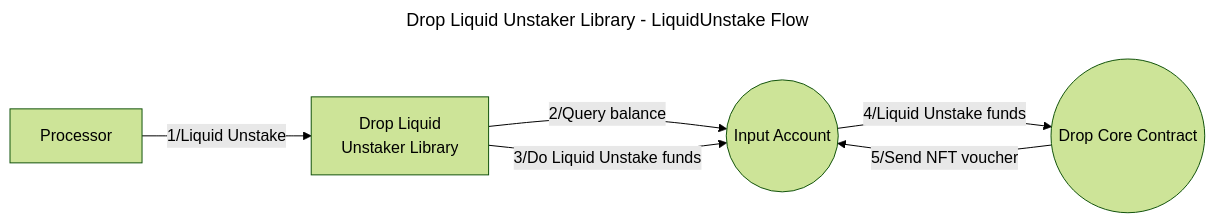
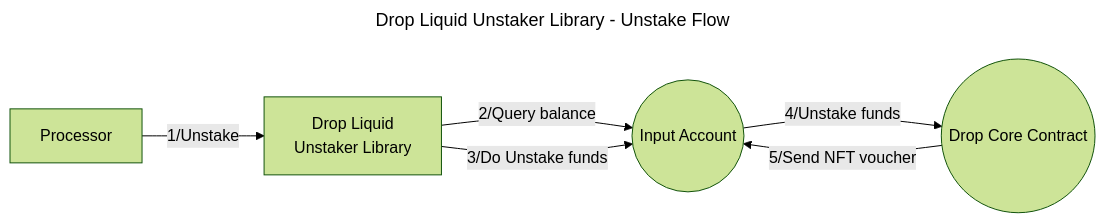
The first of 2 diagrams in contracts/libraries/drop-liquid-unstaker/README.md (timewave-computer/valence-protocol), drawn with Mermaid (forest theme) before and after one commit. The commit also changed other lines of this file and 3 other files, not shown here.

````diff
--- a/contracts/libraries/drop-liquid-unstaker/README.md
+++ b/contracts/libraries/drop-liquid-unstaker/README.md
@@ -7,16 +7,16 @@
 ```mermaid
 ---
-title: Drop Liquid Unstaker Library - LiquidUnstake Flow
+title: Drop Liquid Unstaker Library - Unstake Flow
 ---
 graph LR
     IA((Input Account))
     CC((Drop Core Contract))
     P2[Processor]
     S2[Drop Liquid
     Unstaker Library]
-    P2 -- "1/Liquid Unstake" --> S2
+    P2 -- "1/Unstake" --> S2
     S2 -- "2/Query balance" --> IA
-    S2 -- "3/Do Liquid Unstake funds" --> IA
-    IA -- "4/Liquid Unstake funds" --> CC
+    S2 -- "3/Do Unstake funds" --> IA
+    IA -- "4/Unstake funds" --> CC
     CC -- "5/Send NFT voucher" --> IA
 ```
````
